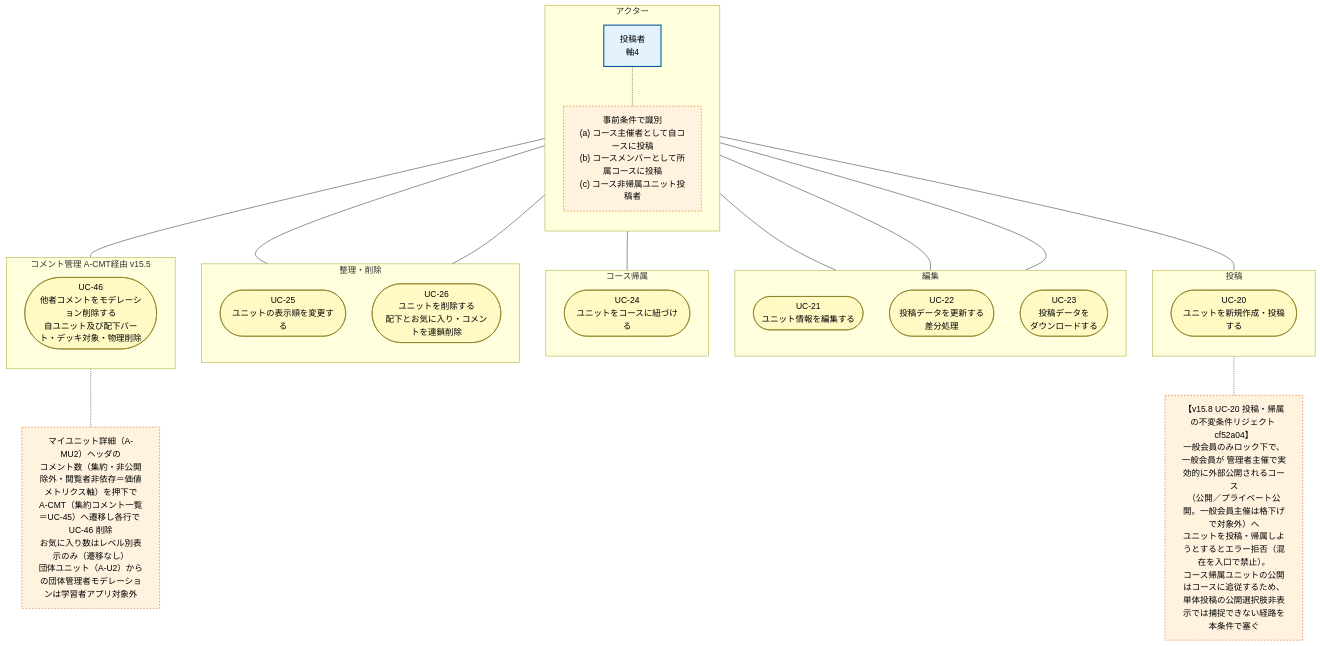
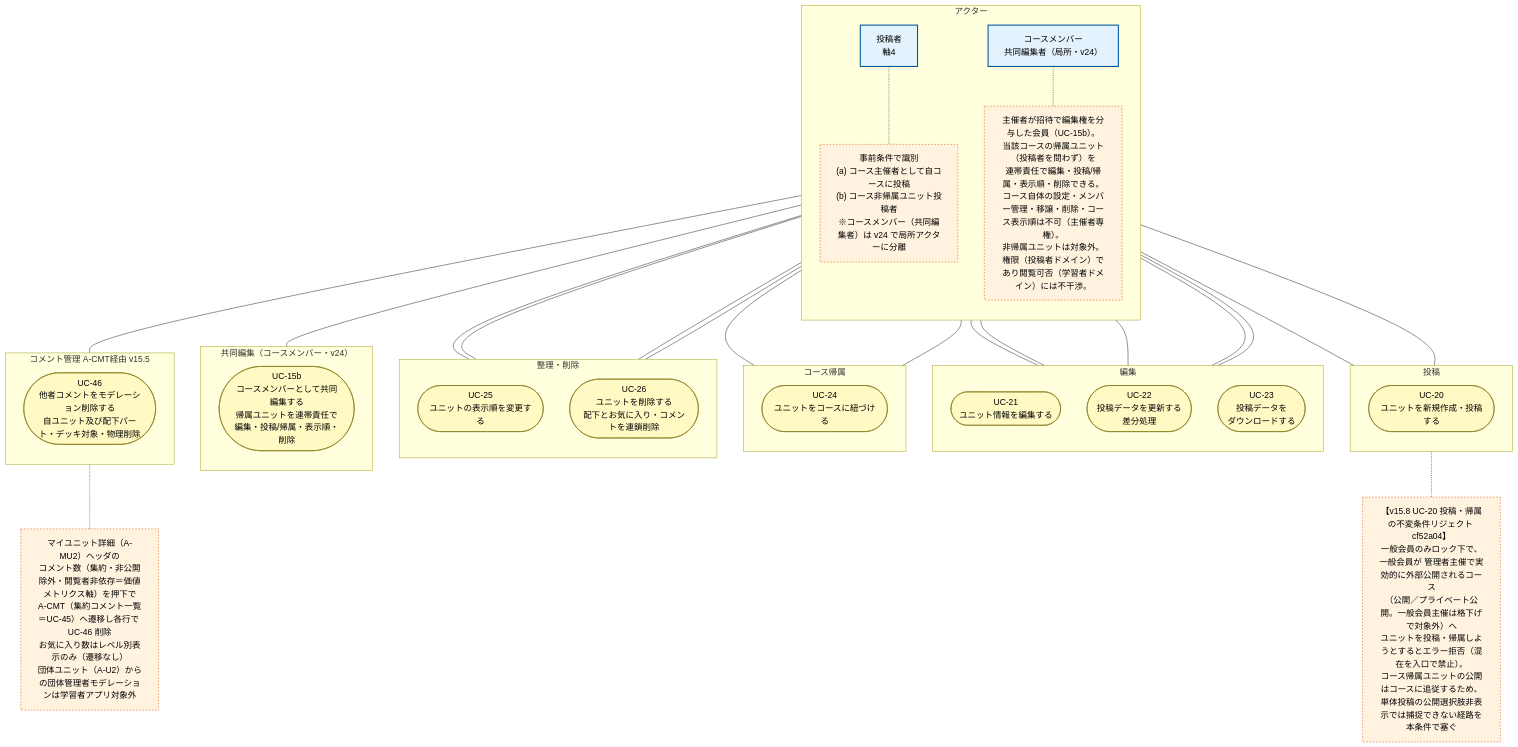
The diagram in choi/学習者アプリ_ユースケース図/学習者アプリ_ユースケース図_U6_マイユニット投稿.mmd (topicmaker-git/Pages), drawn with Mermaid before and after one commit. The commit also changed 10 other files, not shown here.

```diff
--- a/choi/学習者アプリ_ユースケース図/学習者アプリ_ユースケース図_U6_マイユニット投稿.mmd
+++ b/choi/学習者アプリ_ユースケース図/学習者アプリ_ユースケース図_U6_マイユニット投稿.mmd
@@ -1,58 +1,74 @@
 flowchart TB
 
 classDef actor fill:#e3f2fd,stroke:#01579b,stroke-width:2px,color:#000
 classDef uc fill:#fff9c4,stroke:#827717,stroke-width:1px,color:#000
 classDef note fill:#fff3e0,stroke:#e65100,stroke-width:1px,stroke-dasharray:3 3,color:#000
 
 subgraph A_Actors["アクター"]
     direction TB
     Poster["投稿者<br/>軸4"]:::actor
-    PosterNote["事前条件で識別<br/>(a) コース主催者として自コースに投稿<br/>(b) コースメンバーとして所属コースに投稿<br/>(c) コース非帰属ユニット投稿者"]:::note
+    PosterNote["事前条件で識別<br/>(a) コース主催者として自コースに投稿<br/>(b) コース非帰属ユニット投稿者<br/>※コースメンバー（共同編集者）は v24 で局所アクターに分離"]:::note
     Poster -.- PosterNote
+    CoEditor["コースメンバー<br/>共同編集者（局所・v24）"]:::actor
+    CoEditorNote["主催者が招待で編集権を分与した会員（UC-15b）。<br/>当該コースの帰属ユニット（投稿者を問わず）を<br/>連帯責任で編集・投稿/帰属・表示順・削除できる。<br/>コース自体の設定・メンバー管理・移譲・削除・コース表示順は不可（主催者専権）。<br/>非帰属ユニットは対象外。<br/>権限（投稿者ドメイン）であり閲覧可否（学習者ドメイン）には不干渉。"]:::note
+    CoEditor -.- CoEditorNote
 end
 
 subgraph UC_Post["投稿"]
     direction TB
     UC20(["UC-20<br/>ユニットを新規作成・投稿する"])
 end
 
 subgraph UC_Edit["編集"]
     direction TB
     UC21(["UC-21<br/>ユニット情報を編集する"])
     UC22(["UC-22<br/>投稿データを更新する<br/>差分処理"])
     UC23(["UC-23<br/>投稿データを<br/>ダウンロードする"])
 end
 
 subgraph UC_Course["コース帰属"]
     direction TB
     UC24(["UC-24<br/>ユニットをコースに紐づける"])
 end
 
 subgraph UC_Org["整理・削除"]
     direction TB
     UC25(["UC-25<br/>ユニットの表示順を変更する"])
     UC26(["UC-26<br/>ユニットを削除する<br/>配下とお気に入り・コメントを連鎖削除"])
 end
 
+subgraph UC_CoEdit["共同編集（コースメンバー・v24）"]
+    direction TB
+    UC15b(["UC-15b<br/>コースメンバーとして共同編集する<br/>帰属ユニットを連帯責任で編集・投稿/帰属・表示順・削除"])
+end
+
 subgraph UC_CommentMod["コメント管理 A-CMT経由 v15.5"]
     direction TB
     UC46(["UC-46<br/>他者コメントをモデレーション削除する<br/>自ユニット及び配下パート・デッキ対象・物理削除"])
 end
 
 NoteCMT["マイユニット詳細（A-MU2）ヘッダの<br/>コメント数（集約・非公開除外・閲覧者非依存＝価値メトリクス軸）を押下で<br/>A-CMT（集約コメント一覧＝UC-45）へ遷移し各行で UC-46 削除<br/>お気に入り数はレベル別表示のみ（遷移なし）<br/>団体ユニット（A-U2）からの団体管理者モデレーションは学習者アプリ対象外"]:::note
 
 NoteUC20["【v15.8 UC-20 投稿・帰属の不変条件リジェクト cf52a04】<br/>一般会員のみロック下で、一般会員が 管理者主催で実効的に外部公開されるコース<br/>（公開／プライベート公開。一般会員主催は格下げで対象外）へ<br/>ユニットを投稿・帰属しようとするとエラー拒否（混在を入口で禁止）。<br/>コース帰属ユニットの公開はコースに追従するため、単体投稿の公開選択肢非表示では捕捉できない経路を本条件で塞ぐ"]:::note
 
 Poster --- UC20
 Poster --- UC21
 Poster --- UC22
 Poster --- UC23
 Poster --- UC24
 Poster --- UC25
 Poster --- UC26
 Poster --- UC46
 
+CoEditor --- UC15b
+CoEditor --- UC20
+CoEditor --- UC21
+CoEditor --- UC22
+CoEditor --- UC24
+CoEditor --- UC25
+CoEditor --- UC26
+
 UC46 -.- NoteCMT
 UC20 -.- NoteUC20
 
-class UC20,UC21,UC22,UC23,UC24,UC25,UC26,UC46 uc
+class UC15b,UC20,UC21,UC22,UC23,UC24,UC25,UC26,UC46 uc
```
